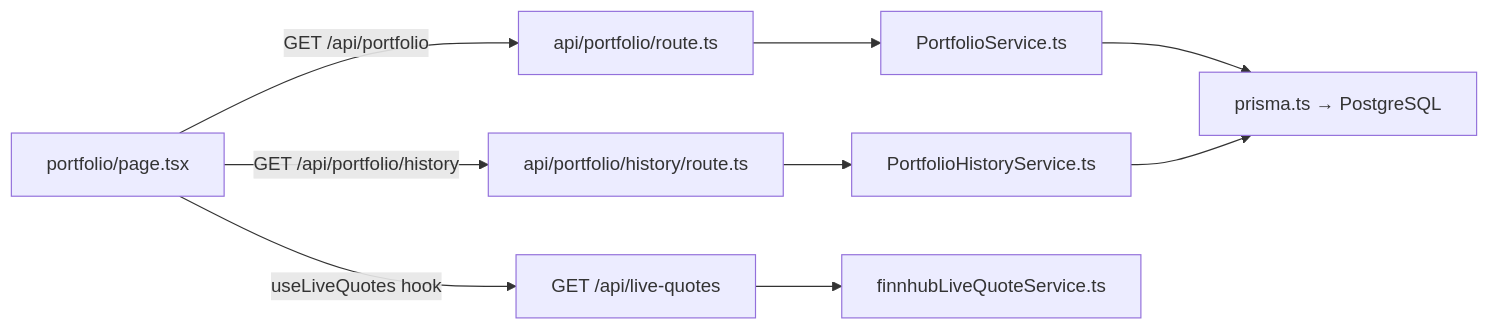
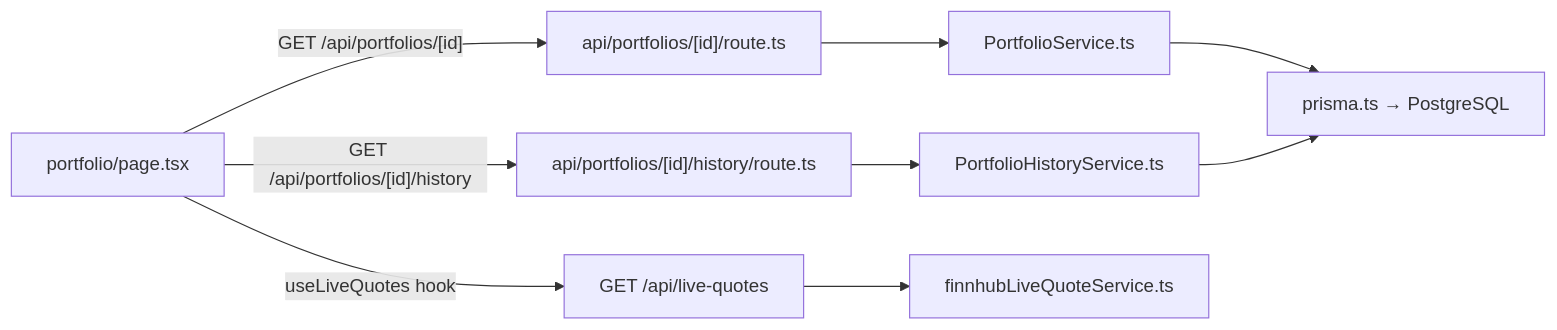
The fourth of 9 diagrams in docs/design/project_structure_by_claude.md (jhu-oose-sp26/InvestEd), drawn with Mermaid before and after one commit. The commit also changed 9 other files, not shown here.

````diff
--- a/docs/design/project_structure_by_claude.md
+++ b/docs/design/project_structure_by_claude.md
@@ -317,11 +317,11 @@
 ```mermaid
 flowchart LR
-    A["portfolio/page.tsx"] -->|"GET /api/portfolio"| B["api/portfolio/route.ts"]
+    A["portfolio/page.tsx"] -->|"GET /api/portfolios/[id]"| B["api/portfolios/[id]/route.ts"]
     B --> C["PortfolioService.ts"]
     C --> D["prisma.ts → PostgreSQL"]
-    A -->|"GET /api/portfolio/history"| E["api/portfolio/history/route.ts"]
+    A -->|"GET /api/portfolios/[id]/history"| E["api/portfolios/[id]/history/route.ts"]
     E --> F["PortfolioHistoryService.ts"]
     F --> D
     A -->|"useLiveQuotes hook"| G["GET /api/live-quotes"]
     G --> H["finnhubLiveQuoteService.ts"]
 ```
````
